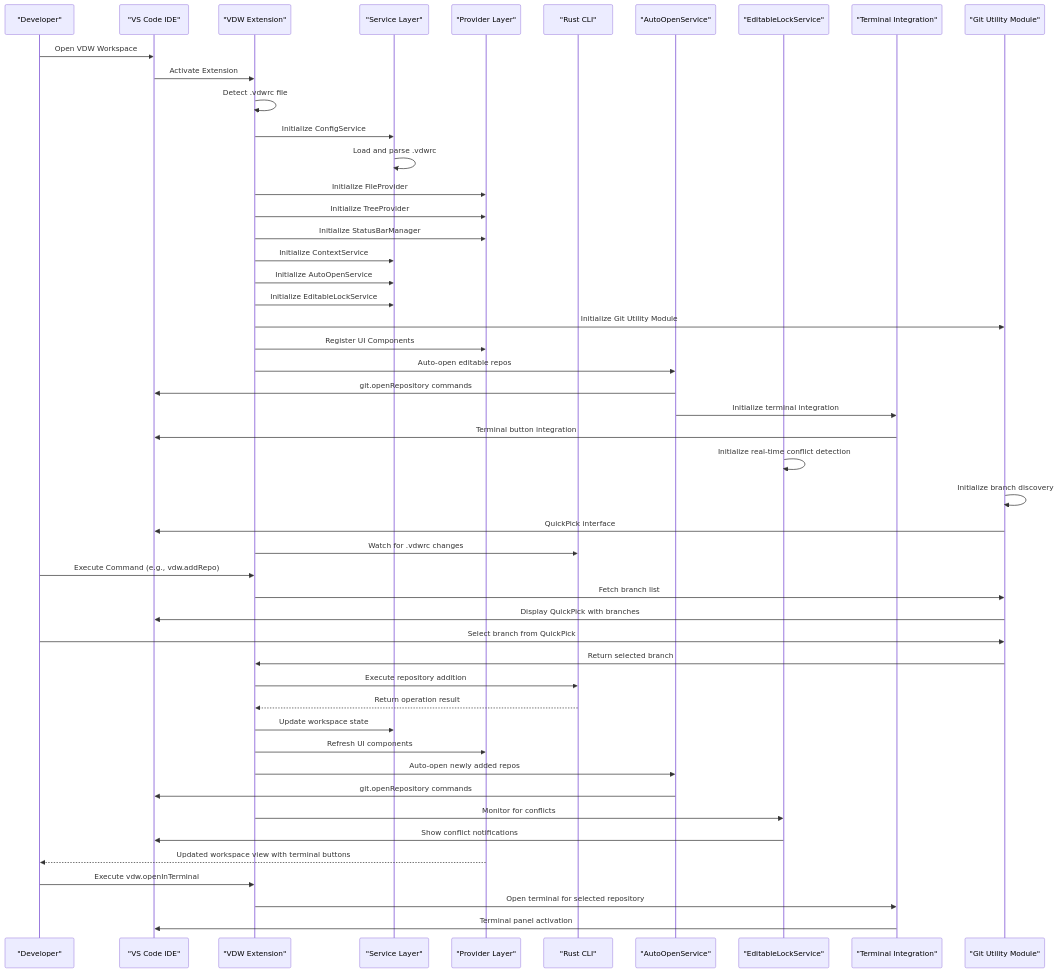
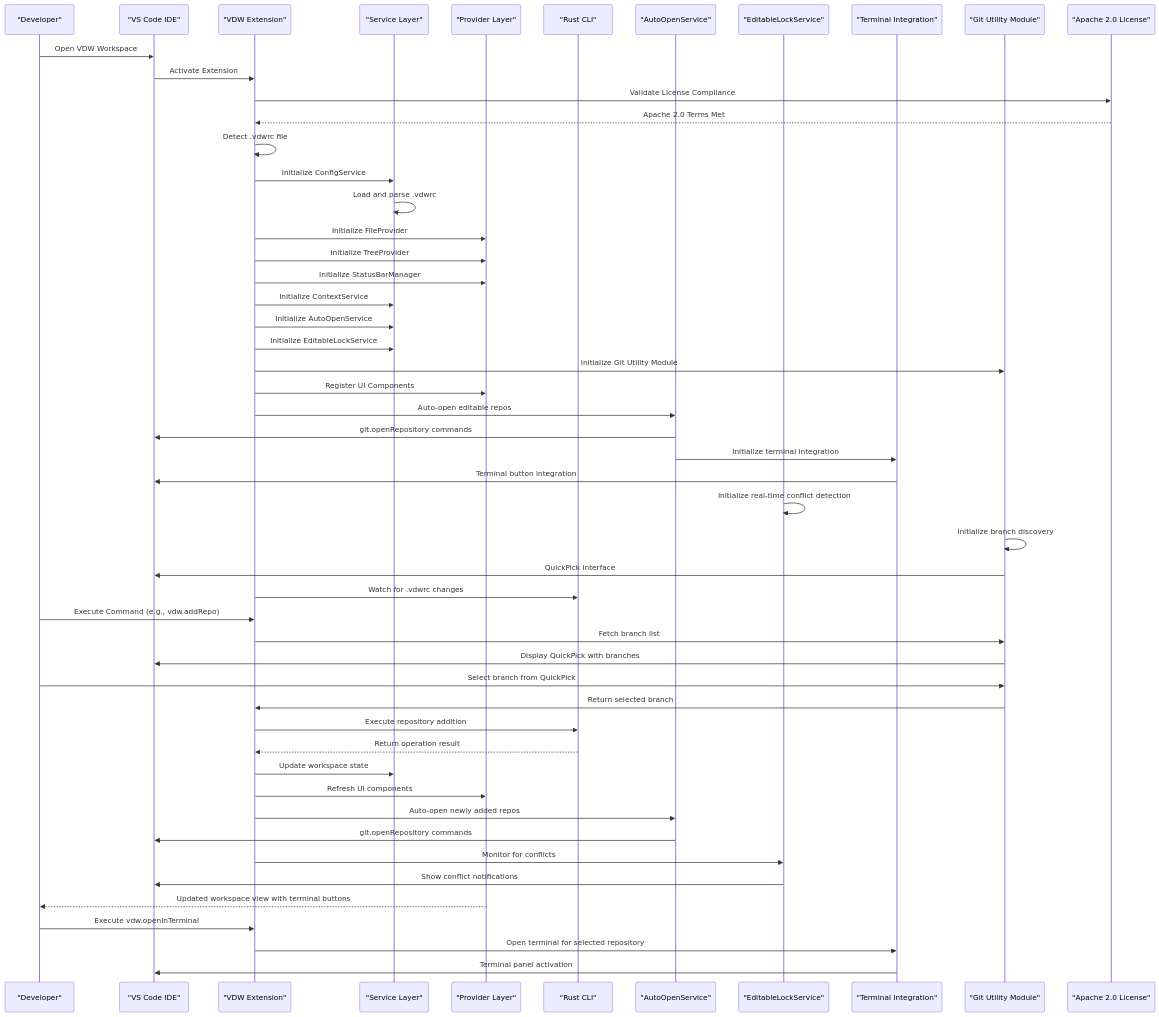
The second of 6 diagrams in .qoder/repowiki/en/content/Core Features Documentation/VS Code Plugin Bridge & IDE Integration.md (HWH-2019/vdw), drawn with Mermaid before and after one commit. The commit also changed other lines of this file and 18 other files, not shown here.

````diff
--- a/.qoder/repowiki/en/content/Core Features Documentation/VS Code Plugin Bridge & IDE Integration.md
+++ b/.qoder/repowiki/en/content/Core Features Documentation/VS Code Plugin Bridge & IDE Integration.md
@@ -240,51 +265,54 @@
 ```mermaid
 sequenceDiagram
 participant User as "Developer"
 participant VSCode as "VS Code IDE"
 participant Extension as "VDW Extension"
 participant Services as "Service Layer"
 participant Providers as "Provider Layer"
 participant CLI as "Rust CLI"
 participant AutoOpen as "AutoOpenService"
 participant EditableLock as "EditableLockService"
 participant Terminal as "Terminal Integration"
 participant GitUtil as "Git Utility Module"
+participant License as "Apache 2.0 License"
 User->>VSCode : Open VDW Workspace
 VSCode->>Extension : Activate Extension
+Extension->>License : Validate License Compliance
+License-->>Extension : Apache 2.0 Terms Met
 Extension->>Extension : Detect .vdwrc file
 Extension->>Services : Initialize ConfigService
 Services->>Services : Load and parse .vdwrc
 Extension->>Providers : Initialize FileProvider
 Extension->>Providers : Initialize TreeProvider
 Extension->>Providers : Initialize StatusBarManager
 Extension->>Services : Initialize ContextService
 Extension->>Services : Initialize AutoOpenService
 Extension->>Services : Initialize EditableLockService
 Extension->>GitUtil : Initialize Git Utility Module
 Extension->>Providers : Register UI Components
 Extension->>AutoOpen : Auto-open editable repos
 AutoOpen->>VSCode : git.openRepository commands
 AutoOpen->>Terminal : Initialize terminal integration
 Terminal->>VSCode : Terminal button integration
 EditableLock->>EditableLock : Initialize real-time conflict detection
 GitUtil->>GitUtil : Initialize branch discovery
 GitUtil->>VSCode : QuickPick interface
 Extension->>CLI : Watch for .vdwrc changes
 User->>Extension : Execute Command (e.g., vdw.addRepo)
 Extension->>GitUtil : Fetch branch list
 GitUtil->>VSCode : Display QuickPick with branches
 User->>GitUtil : Select branch from QuickPick
 GitUtil->>Extension : Return selected branch
 Extension->>CLI : Execute repository addition
 CLI-->>Extension : Return operation result
 Extension->>Services : Update workspace state
 Extension->>Providers : Refresh UI components
 Extension->>AutoOpen : Auto-open newly added repos
 AutoOpen->>VSCode : git.openRepository commands
 Extension->>EditableLock : Monitor for conflicts
 EditableLock->>VSCode : Show conflict notifications
 Providers-->>User : Updated workspace view with terminal buttons
 User->>Extension : Execute vdw.openInTerminal
 Extension->>Terminal : Open terminal for selected repository
 Terminal->>VSCode : Terminal panel activation
 ```
````
